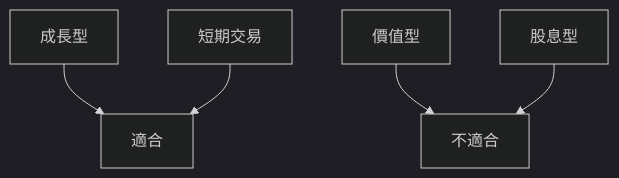
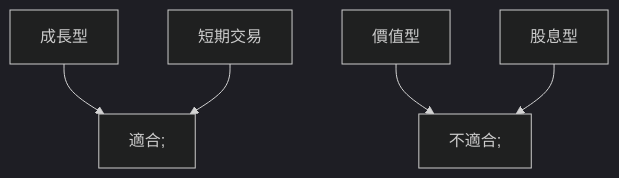
Before and after one commit to yennanliu/finance_data: diagram 11 of 11 in ai_gen_report/stock/pl/fundamental_analysis_2026-03-27_openai.md, drawn with Mermaid (dark theme). The commit also changed other lines of this file and 2258 other files, not shown here.

First line of the commit message:
chore: backfill Mermaid syntax repair across existing reports

````diff
--- a/ai_gen_report/stock/pl/fundamental_analysis_2026-03-27_openai.md
+++ b/ai_gen_report/stock/pl/fundamental_analysis_2026-03-27_openai.md
@@ -359,7 +359,7 @@
 ```mermaid
 graph TD;
-    成長型-->適合;
-    價值型-->不適合;
-    股息型-->不適合;
-    短期交易-->適合;
+    成長型 --> nb1["適合;"]
+    價值型 --> nb2["不適合;"]
+    股息型 --> nb2["不適合;"]
+    短期交易 --> nb1["適合;"]
 ```
````
